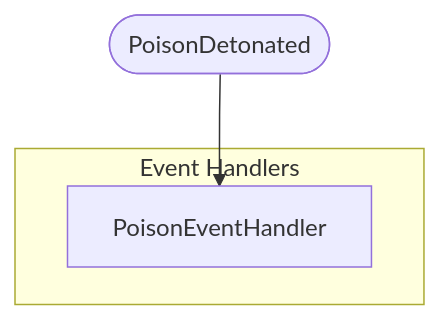
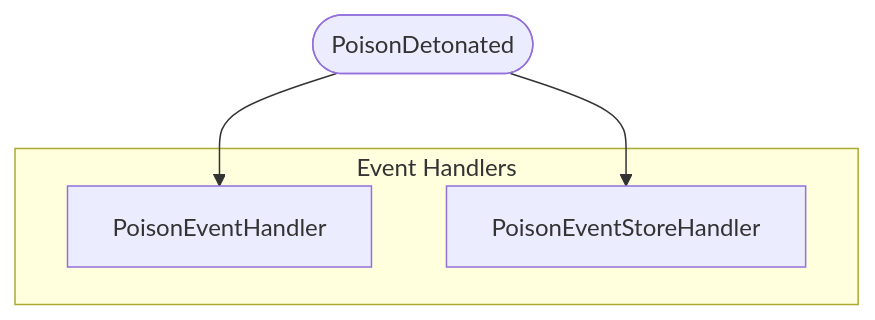
One commit to proteanhq/shopstream changed the fifth of 11 diagrams in docs/loyalty/handler-wiring.md. Above: the diagram before and after it, drawn with Mermaid. The commit also changed 17 other files, not shown here.

First line of the commit message:
Exercise the event-store DLQ on a loyalty event-store subscription

````diff
--- a/docs/loyalty/handler-wiring.md
+++ b/docs/loyalty/handler-wiring.md
@@ -58,7 +58,9 @@
 ```mermaid
 flowchart TD
     subgraph event_handlers["Event Handlers"]
         eh_loyalty_dlq_poison_PoisonEventHandler[PoisonEventHandler]
+        eh_loyalty_dlq_poison_PoisonEventStoreHandler[PoisonEventStoreHandler]
     end
     evt_loyalty_dlq_poison_PoisonDetonated([PoisonDetonated]) --> eh_loyalty_dlq_poison_PoisonEventHandler
+    evt_loyalty_dlq_poison_PoisonDetonated([PoisonDetonated]) --> eh_loyalty_dlq_poison_PoisonEventStoreHandler
 ```
````
